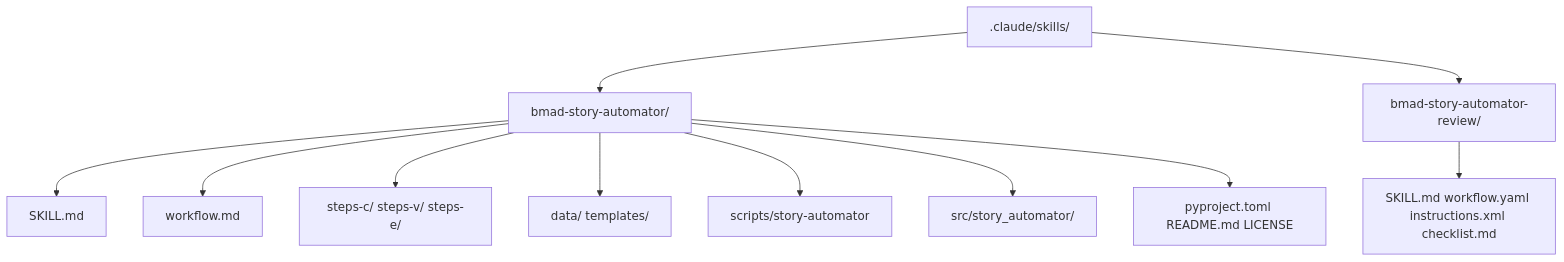
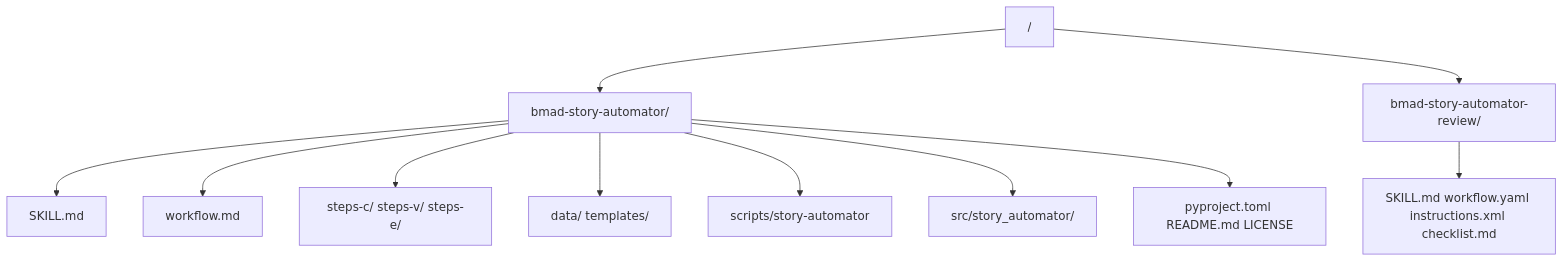
Before and after one commit to mira5557373/bmad-automator: the second of 2 diagrams in docs/installation-and-layout.md, drawn with Mermaid. The commit also changed other lines of this file and 51 other files, not shown here.

````diff
--- a/docs/installation-and-layout.md
+++ b/docs/installation-and-layout.md
@@ -30,13 +44,13 @@
 ```mermaid
 flowchart TD
-    A[".claude/skills/"] --> B["bmad-story-automator/"]
+    A["<installed-skill-root>/"] --> B["bmad-story-automator/"]
     A --> C["bmad-story-automator-review/"]
     B --> D["SKILL.md"]
     B --> E["workflow.md"]
     B --> F["steps-c/ steps-v/ steps-e/"]
     B --> G["data/ templates/"]
     B --> H["scripts/story-automator"]
     B --> I["src/story_automator/"]
     B --> J["pyproject.toml README.md LICENSE"]
     C --> K["SKILL.md workflow.yaml instructions.xml checklist.md"]
 ```
````
